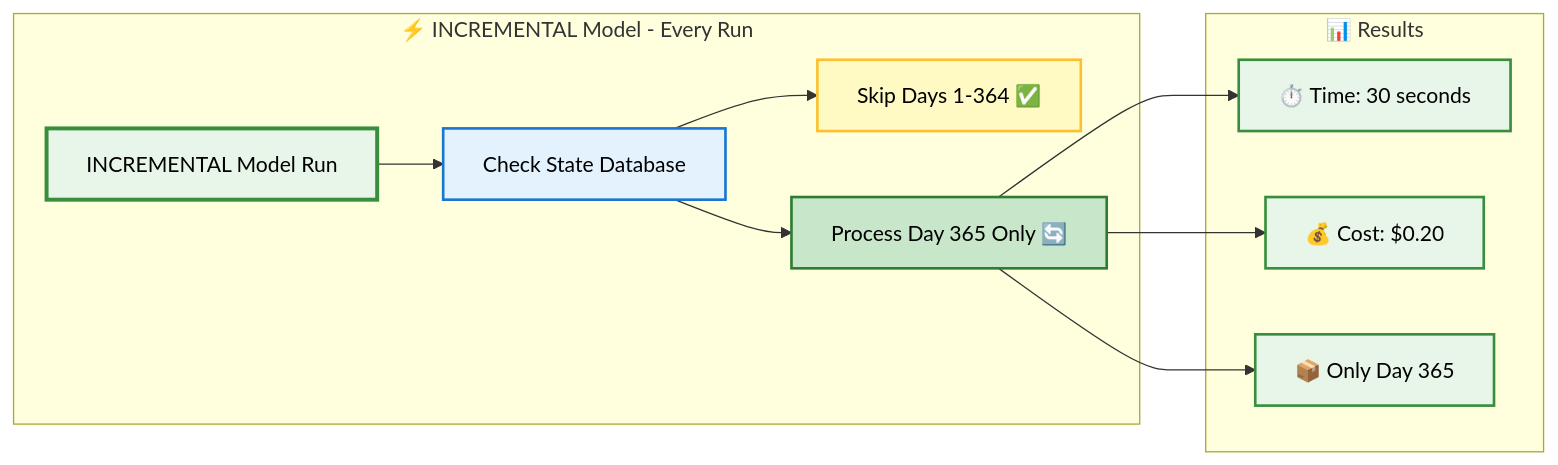
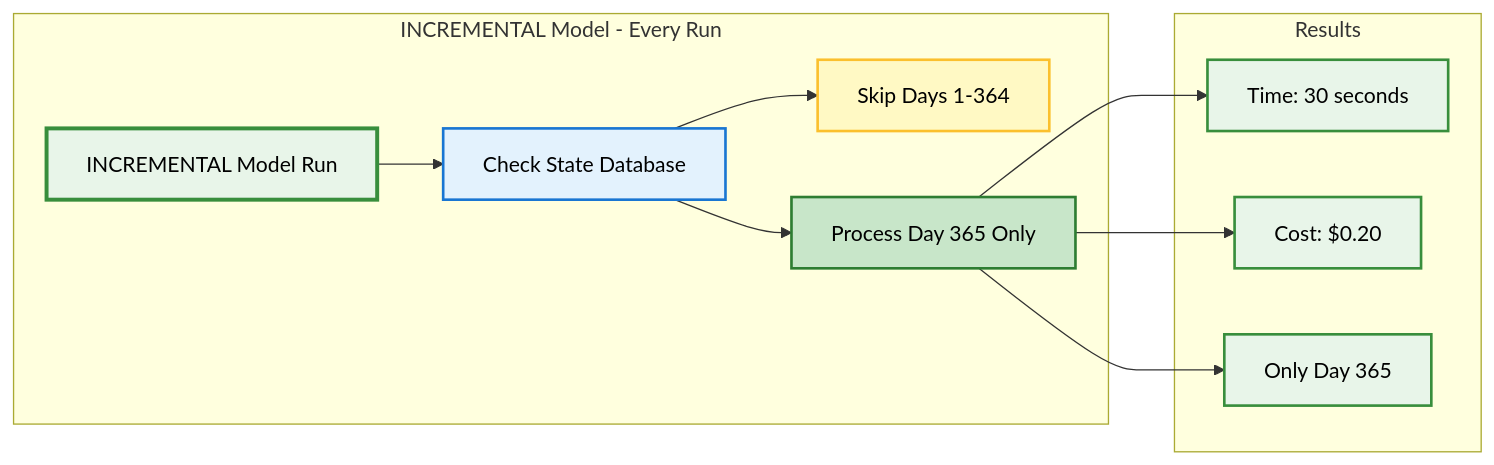
The second of 13 diagrams in docs/guides/incremental_by_time.md (tmdc-io/vulcan-book), drawn with Mermaid before and after one commit. The commit also changed other lines of this file and 6 other files, not shown here.

Commit message:
updated mermaid diagrams to remove emojis, commented out the old plan guide o have only the new 2.0 plan guide

````diff
--- a/docs/guides/incremental_by_time.md
+++ b/docs/guides/incremental_by_time.md
@@ -57,31 +57,31 @@
 ```mermaid
 flowchart LR
-    subgraph "⚡ INCREMENTAL Model - Every Run"
+    subgraph "INCREMENTAL Model - Every Run"
         INCR[INCREMENTAL Model Run]
         CHECK[Check State Database]
-        SKIP[Skip Days 1-364 ✅]
-        PROCESS_NEW[Process Day 365 Only 🔄]
+        SKIP[Skip Days 1-364]
+        PROCESS_NEW[Process Day 365 Only]
     end
     
-    subgraph "📊 Results"
-        TIME2[⏱️ Time: 30 seconds]
-        COST2[💰 Cost: $0.20]
-        DATA2[📦 Only Day 365]
+    subgraph "Results"
+        TIME2[Time: 30 seconds]
+        COST2[Cost: $0.20]
+        DATA2[Only Day 365]
     end
     
     INCR --> CHECK
     CHECK --> SKIP
     CHECK --> PROCESS_NEW
     
     PROCESS_NEW --> TIME2
     PROCESS_NEW --> COST2
     PROCESS_NEW --> DATA2
     
     style INCR fill:#e8f5e9,stroke:#388e3c,stroke-width:3px,color:#000
     style CHECK fill:#e3f2fd,stroke:#1976d2,stroke-width:2px,color:#000
     style SKIP fill:#fff9c4,stroke:#fbc02d,stroke-width:2px,color:#000
     style PROCESS_NEW fill:#c8e6c9,stroke:#2e7d32,stroke-width:2px,color:#000
     style TIME2 fill:#e8f5e9,stroke:#388e3c,stroke-width:2px,color:#000
     style COST2 fill:#e8f5e9,stroke:#388e3c,stroke-width:2px,color:#000
     style DATA2 fill:#e8f5e9,stroke:#388e3c,stroke-width:2px,color:#000
 ```
````
